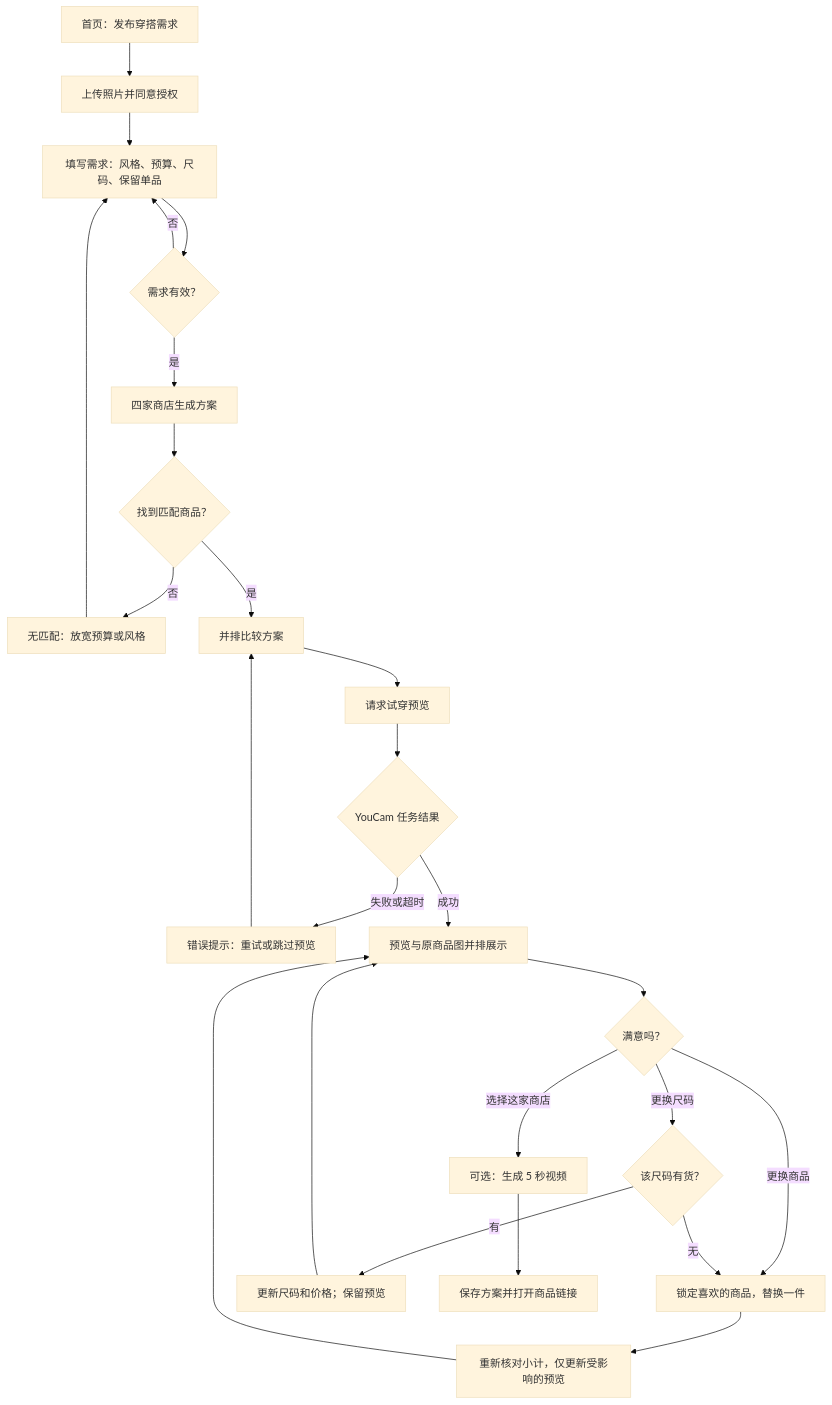
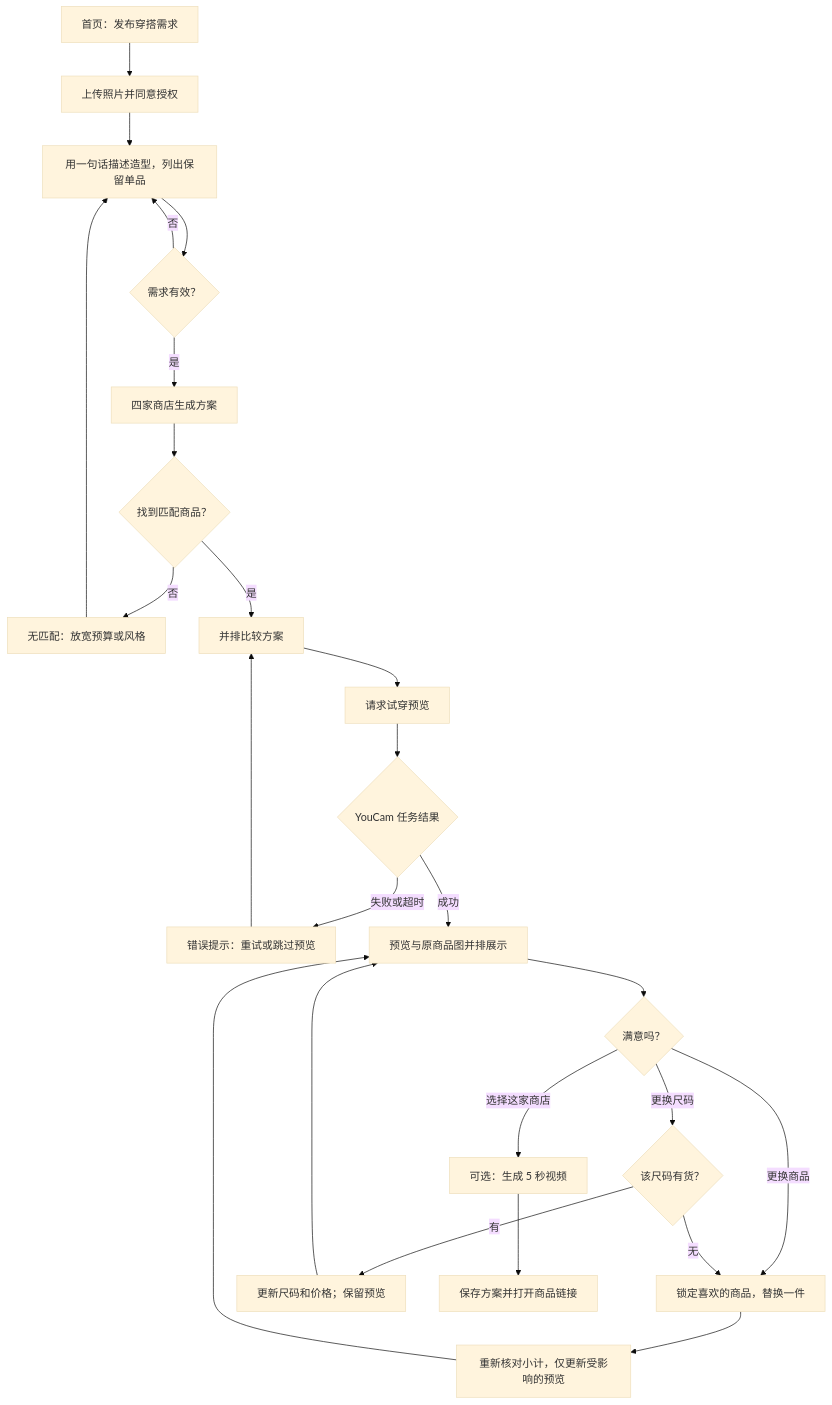
The second of 2 diagrams in docs/look-exchange-user-flow.md (Shawn-Bi/youcam-2), drawn with Mermaid (base theme) before and after one commit. The commit also changed other lines of this file and 3 other files, not shown here.

````diff
--- a/docs/look-exchange-user-flow.md
+++ b/docs/look-exchange-user-flow.md
@@ -120,27 +120,27 @@
 ```mermaid
 flowchart TD
     A[首页：发布穿搭需求] --> B[上传照片并同意授权]
-    B --> C[填写需求：风格、预算、尺码、保留单品]
+    B --> C[用一句话描述造型，列出保留单品]
     C --> D{需求有效？}
     D -- 否 --> C
     D -- 是 --> E[四家商店生成方案]
     E --> F{找到匹配商品？}
     F -- 否 --> G[无匹配：放宽预算或风格]
     G --> C
     F -- 是 --> H[并排比较方案]
     H --> I[请求试穿预览]
     I --> J{YouCam 任务结果}
     J -- 失败或超时 --> K[错误提示：重试或跳过预览]
     K --> H
     J -- 成功 --> L[预览与原商品图并排展示]
     L --> M{满意吗？}
     M -- 更换商品 --> N[锁定喜欢的商品，替换一件]
     N --> O[重新核对小计，仅更新受影响的预览]
     O --> L
     M -- 更换尺码 --> S{该尺码有货？}
     S -- 有 --> T[更新尺码和价格；保留预览]
     T --> L
     S -- 无 --> N
     M -- 选择这家商店 --> V[可选：生成 5 秒视频]
     V --> P[保存方案并打开商品链接]
 ```
````
